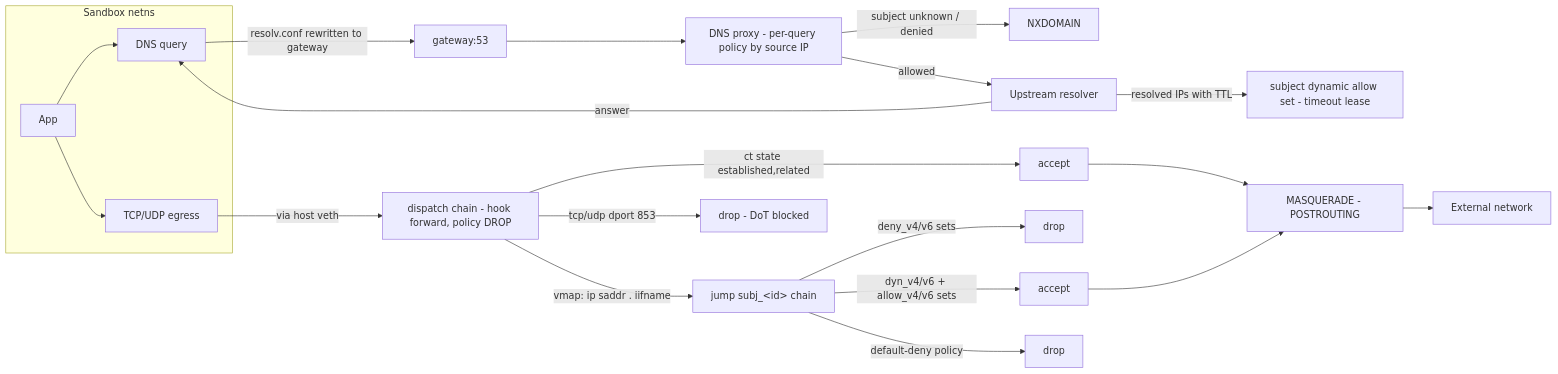
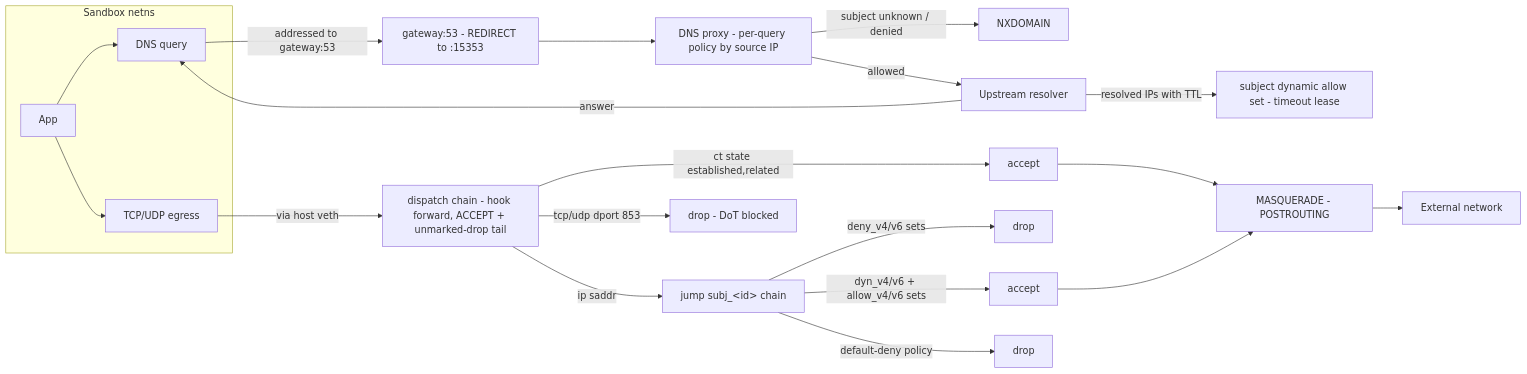
One commit to DoughOps/OpenSandbox changed the third of 4 diagrams in components/egress/docs/policy-traffic-vault-flow.md. Above: the diagram before and after it, drawn with Mermaid. The commit also changed other lines of this file and 36 other files, not shown here.

````diff
--- a/components/egress/docs/policy-traffic-vault-flow.md
+++ b/components/egress/docs/policy-traffic-vault-flow.md
@@ -83,27 +109,27 @@
 ```mermaid
 flowchart LR
     subgraph SANDBOX[Sandbox netns]
         APP[App] --> DNSQ[DNS query]
         APP --> TCP[TCP/UDP egress]
     end
 
-    DNSQ -->|resolv.conf rewritten to gateway| GW[gateway:53]
+    DNSQ -->|addressed to gateway:53| GW[gateway:53 - REDIRECT to :15353]
     GW --> DP[DNS proxy - per-query policy by source IP]
     DP -->|subject unknown / denied| NX[NXDOMAIN]
     DP -->|allowed| UP[Upstream resolver]
     UP -->|answer| DNSQ
     UP -->|resolved IPs with TTL| DYN[subject dynamic allow set - timeout lease]
 
-    TCP -->|via host veth| DISPATCH[dispatch chain - hook forward, policy DROP]
+    TCP -->|via host veth| DISPATCH[dispatch chain - hook forward, ACCEPT + unmarked-drop tail]
     DISPATCH -->|ct state established,related| ACC1[accept]
     DISPATCH -->|tcp/udp dport 853| DROP1[drop - DoT blocked]
-    DISPATCH -->|vmap: ip saddr . iifname| JUMP[jump subj_&lt;id&gt; chain]
+    DISPATCH -->|ip saddr| JUMP[jump subj_&lt;id&gt; chain]
 
     JUMP -->|deny_v4/v6 sets| DROP2[drop]
     JUMP -->|dyn_v4/v6 + allow_v4/v6 sets| ACC2[accept]
     JUMP -->|default-deny policy| DROP3[drop]
 
     ACC1 --> MASQ[MASQUERADE - POSTROUTING]
     ACC2 --> MASQ
     MASQ --> EXT[External network]
 ```
````
